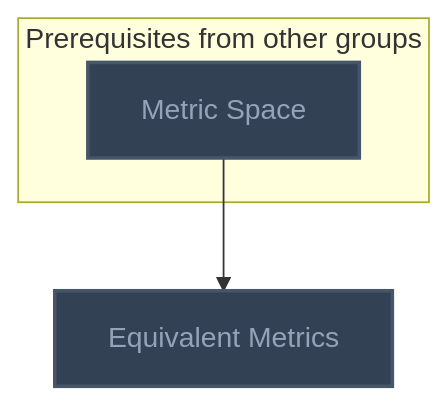
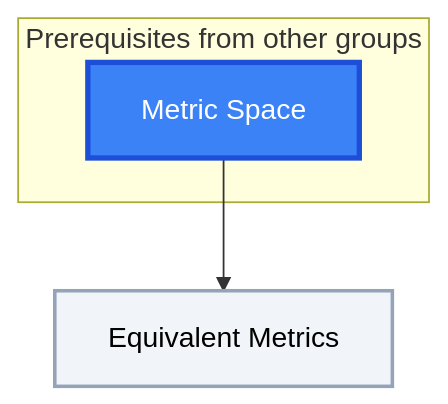
Before and after one commit to MRauf1/My-Notes: the sixth of 13 diagrams in Gamification/Skill Trees/Measure Theory.md, drawn with Mermaid. The commit also changed other lines of this file and 145 other files, not shown here.

````diff
--- a/Gamification/Skill Trees/Measure Theory.md
+++ b/Gamification/Skill Trees/Measure Theory.md
@@ -187,19 +193,20 @@
 ```mermaid
 flowchart TD
     classDef planned fill:#1E293B,stroke:#64748B,stroke-width:2px,stroke-dasharray:5 5,color:#94A3B8;
     classDef locked fill:#334155,stroke:#475569,stroke-width:2px,color:#94A3B8;
     classDef L0 fill:#F1F5F9,stroke:#94A3B8,stroke-width:2px,color:#000000;
     classDef L1 fill:#22C55E,stroke:#15803D,stroke-width:2px,color:#000000;
     classDef L2 fill:#3B82F6,stroke:#1D4ED8,stroke-width:3px,color:#FFFFFF;
     classDef L3 fill:#A855F7,stroke:#6B21A8,stroke-width:3px,color:#FFFFFF,font-weight:bold;
     classDef L4 fill:#F97316,stroke:#C2410C,stroke-width:4px,color:#000000,font-weight:bold;
     classDef L5 fill:#FFD700,stroke:#FF8C00,stroke-width:5px,color:#000000,font-weight:bold;
     classDef rusty stroke:#8B4513,stroke-width:4px,stroke-dasharray:3 3;
     subgraph sg_prereqs["Prerequisites from other groups"]
         n_metric_space["Metric Space"]
     end
     n_equivalent_metrics["Equivalent Metrics"]
     n_metric_space --> n_equivalent_metrics
-    class n_metric_space,n_equivalent_metrics locked;
+    class n_equivalent_metrics L0;
+    class n_metric_space L2;
     class n_metric_space,n_equivalent_metrics internal-link;
 ```
````
